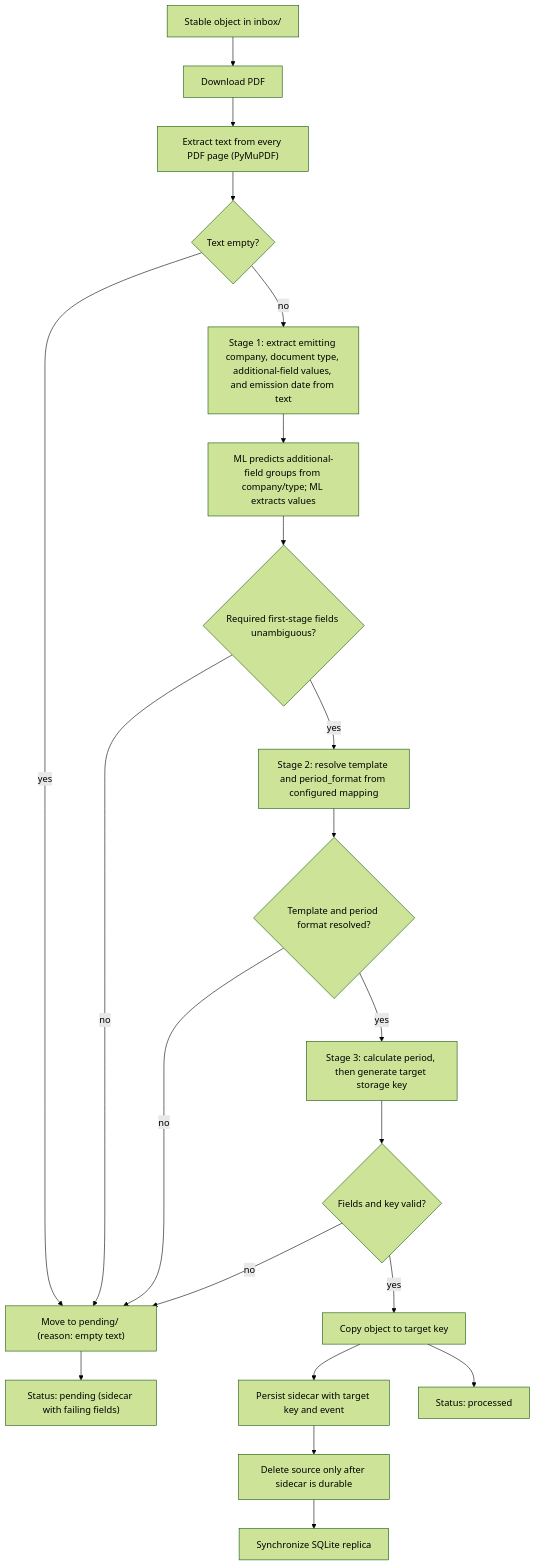
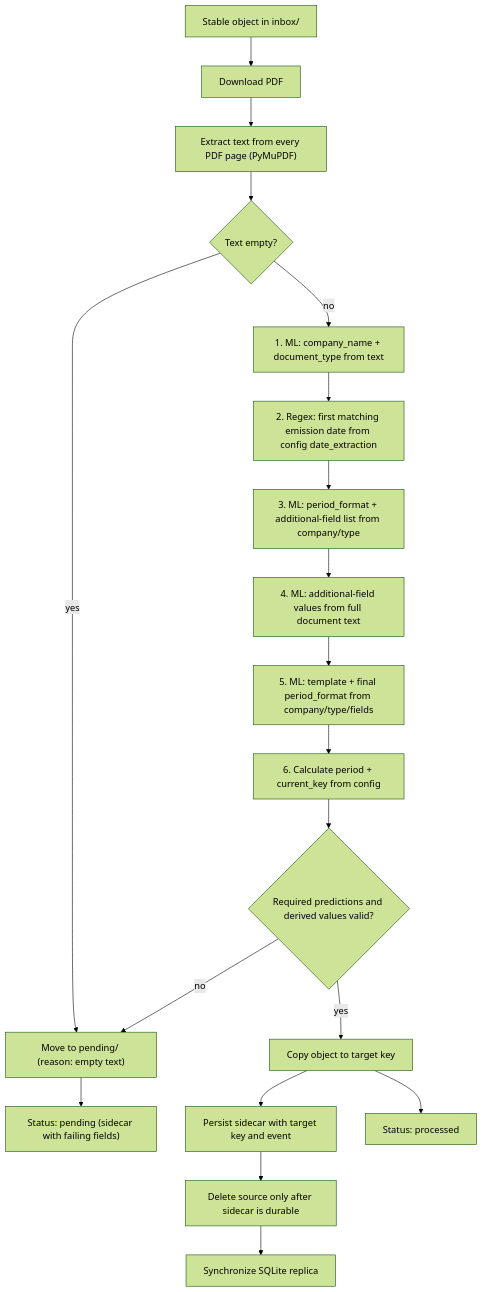
Before and after one commit to napnap75/multiarch-docker-images: the second of 3 diagrams in automatic-pdf-renamer/arch.md, drawn with Mermaid (forest theme). The commit also changed other lines of this file, not shown here.

Commit message:
Specify ordered ML pipeline and single retraining workflow

````diff
--- a/automatic-pdf-renamer/arch.md
+++ b/automatic-pdf-renamer/arch.md
@@ -100,23 +109,21 @@
 ```mermaid
 flowchart TD
   in["Stable object in inbox/"] --> dl["Download PDF"]
   dl --> tx["Extract text from every PDF page (PyMuPDF)"]
   tx --> empty{"Text empty?"}
   empty -- yes --> pending["Move to pending/ (reason: empty text)"]
-  empty -- no --> stage1["Stage 1: extract emitting company, document type, additional-field values, and emission date from text"]
-  stage1 --> groups["ML predicts additional-field groups from company/type; ML extracts values"]
-  groups --> firstvalid{"Required first-stage fields unambiguous?"}
-  firstvalid -- no --> pending
-  firstvalid -- yes --> stage2["Stage 2: resolve template and period_format from configured mapping"]
-  stage2 --> mappingvalid{"Template and period format resolved?"}
-  mappingvalid -- no --> pending
-  mappingvalid -- yes --> stage3["Stage 3: calculate period, then generate target storage key"]
-  stage3 --> valid{"Fields and key valid?"}
+  empty -- no --> company["1. ML: company_name + document_type from text"]
+  company --> date["2. Regex: first matching emission date from config date_extraction"]
+  date --> groups["3. ML: period_format + additional-field list from company/type"]
+  groups --> values["4. ML: additional-field values from full document text"]
+  values --> final["5. ML: template + final period_format from company/type/fields"]
+  final --> derived["6. Calculate period + current_key from config"]
+  derived --> valid{"Required predictions and derived values valid?"}
   valid -- no --> pending
   valid -- yes --> rename["Copy object to target key"]
   rename --> sidecar["Persist sidecar with target key and event"]
   sidecar --> delete["Delete source only after sidecar is durable"]
   delete --> sqlite["Synchronize SQLite replica"]
   rename --> done["Status: processed"]
   pending --> wait["Status: pending (sidecar with failing fields)"]
 ```
````
